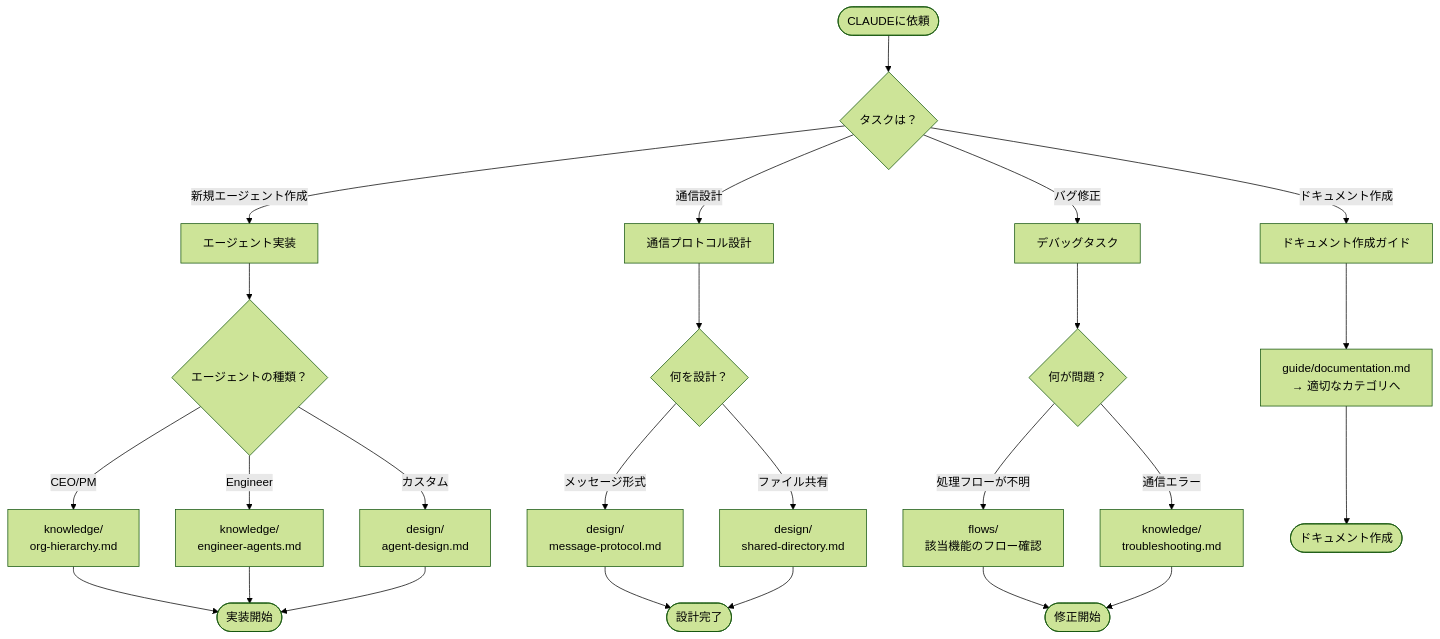
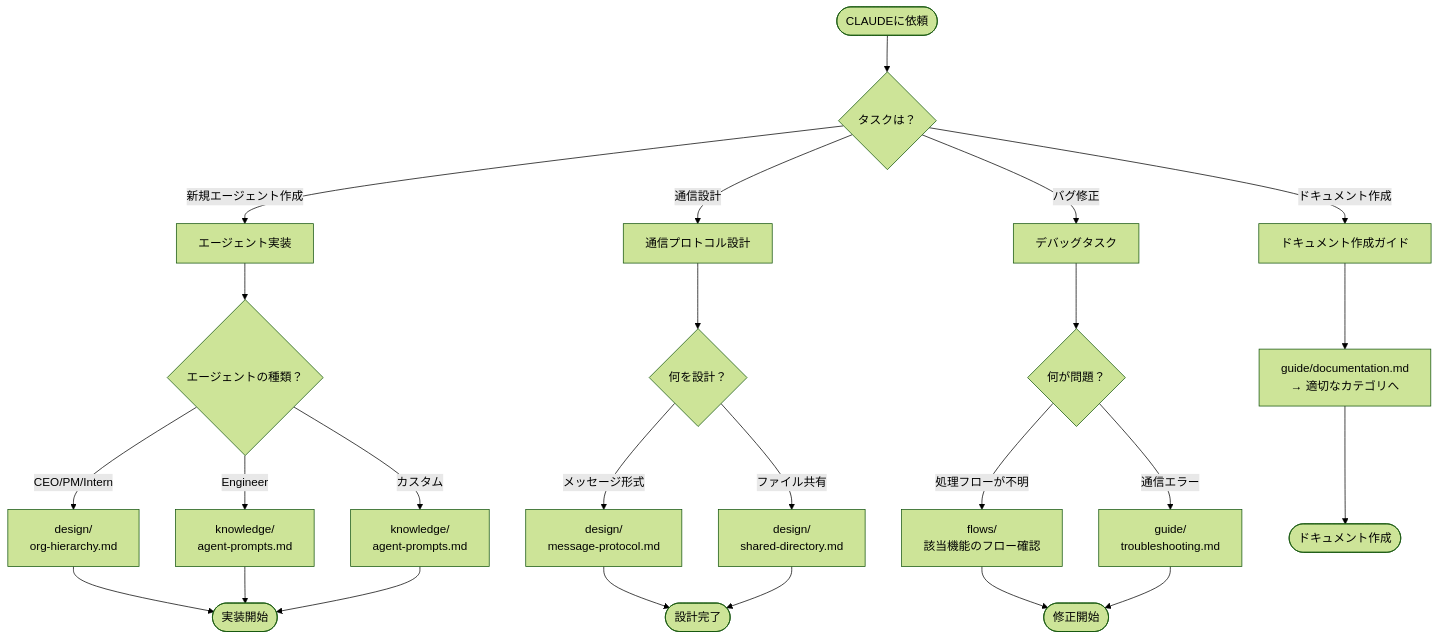
Before and after one commit to kenimo49/agent-corp: the diagram in CLAUDE.md, drawn with Mermaid (forest theme). The commit also changed other lines of this file and 13 other files, not shown here.

````diff
--- a/CLAUDE.md
+++ b/CLAUDE.md
@@ -18,32 +18,32 @@
 ```mermaid
 graph TD
     Start([CLAUDEに依頼]) --> Task{タスクは？}
 
     Task -->|新規エージェント作成| Agent[エージェント実装]
     Task -->|通信設計| Comm[通信プロトコル設計]
     Task -->|バグ修正| Bug[デバッグタスク]
     Task -->|ドキュメント作成| Doc[ドキュメント作成ガイド]
 
     Agent --> AgentType{エージェントの種類？}
-    AgentType -->|CEO/PM| Know1[knowledge/<br/>org-hierarchy.md]
-    AgentType -->|Engineer| Know2[knowledge/<br/>engineer-agents.md]
-    AgentType -->|カスタム| Design1[design/<br/>agent-design.md]
+    AgentType -->|CEO/PM/Intern| Know1[design/<br/>org-hierarchy.md]
+    AgentType -->|Engineer| Know2[knowledge/<br/>agent-prompts.md]
+    AgentType -->|カスタム| Design1[knowledge/<br/>agent-prompts.md]
 
     Comm --> CommType{何を設計？}
     CommType -->|メッセージ形式| Design2[design/<br/>message-protocol.md]
     CommType -->|ファイル共有| Design3[design/<br/>shared-directory.md]
 
     Bug --> BugType{何が問題？}
     BugType -->|処理フローが不明| Flow1[flows/<br/>該当機能のフロー確認]
-    BugType -->|通信エラー| Know3[knowledge/<br/>troubleshooting.md]
+    BugType -->|通信エラー| Know3[guide/<br/>troubleshooting.md]
 
     Know1 --> Implement([実装開始])
     Know2 --> Implement
     Design1 --> Implement
     Design2 --> Design([設計完了])
     Design3 --> Design
     Flow1 --> Fix([修正開始])
     Know3 --> Fix
     Doc --> DocGuide[guide/documentation.md<br/>→ 適切なカテゴリへ]
     DocGuide --> CreateDoc([ドキュメント作成])
 ```
````
